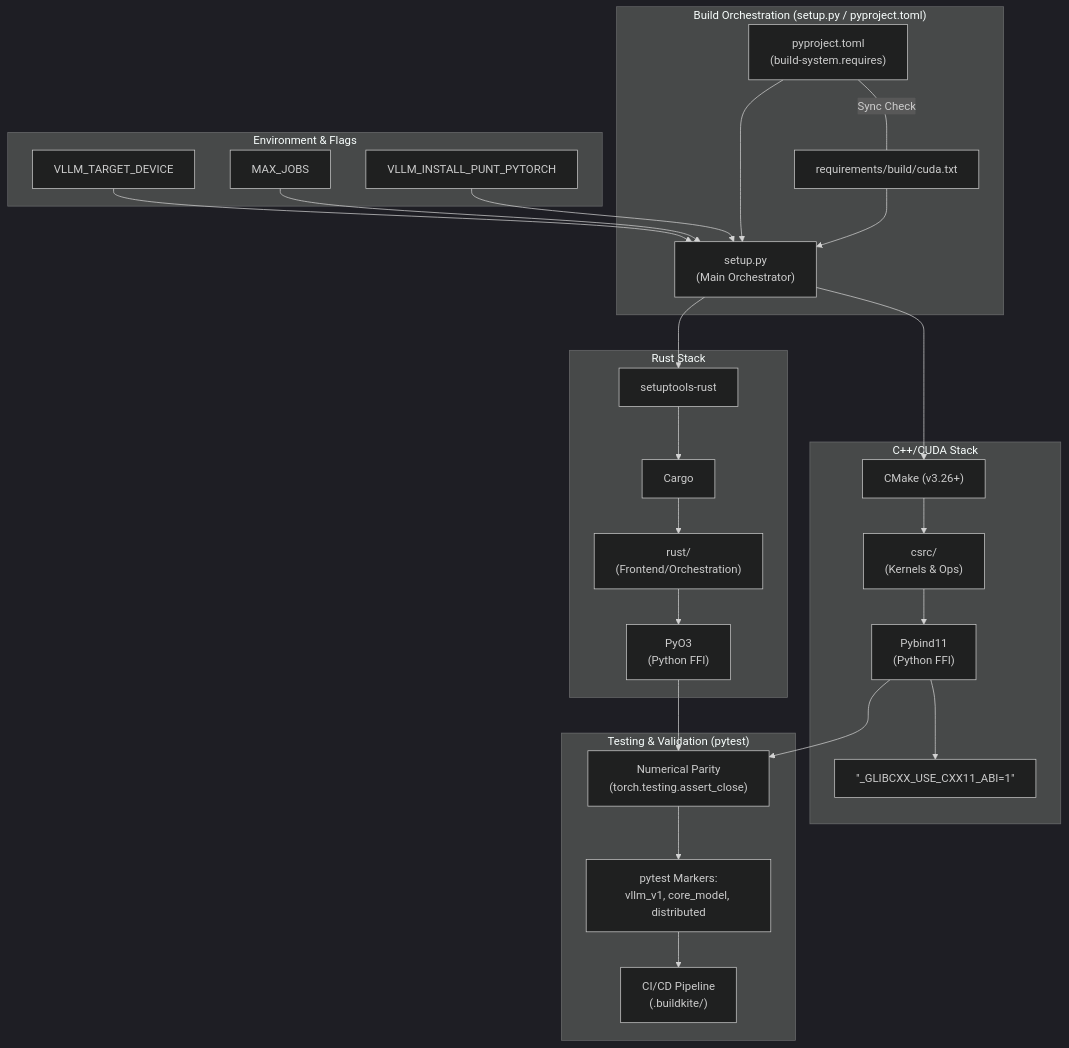
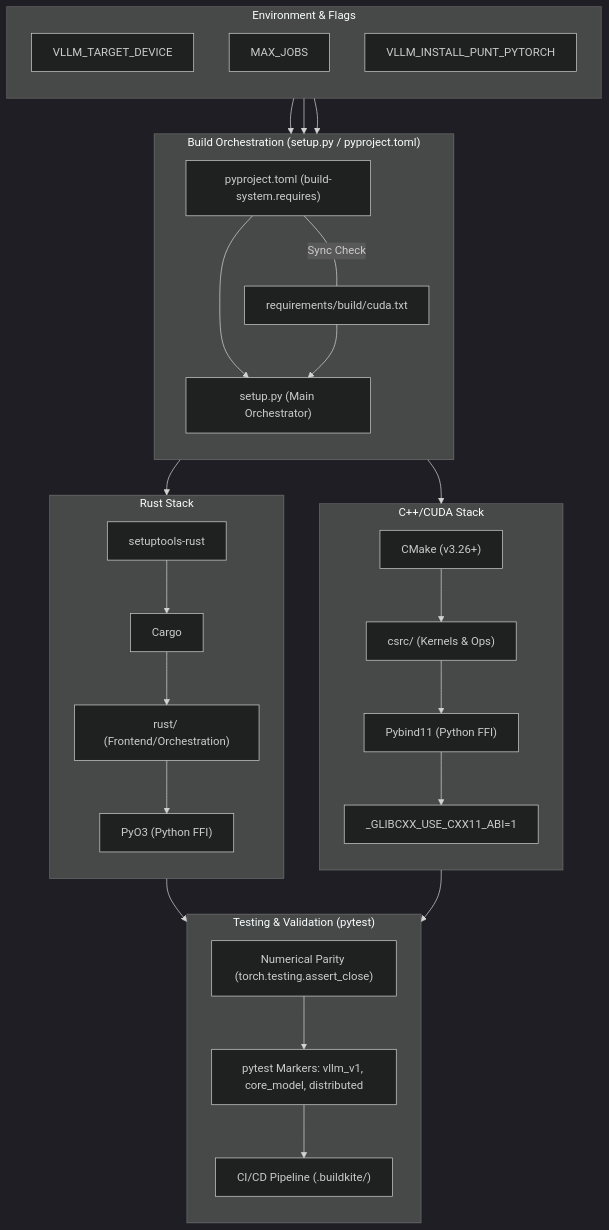
One commit to quanhua92/tutorials changed the diagram in vllm/courses/chapter_12_contributing.md. Above: the diagram before and after it, drawn with Mermaid (dark theme). The commit also changed 10 other files, not shown here.

Commit message:
chore: improve vllm course mermaid styles

````diff
--- a/vllm/courses/chapter_12_contributing.md
+++ b/vllm/courses/chapter_12_contributing.md
@@ -3,57 +3,62 @@
 ```mermaid
-flowchart TD
-    subgraph Env_Config ["Environment &amp; Flags"]
+flowchart TB
+    subgraph Env_Config ["Environment & Flags"]
+        direction TB
         VLLM_TARGET["VLLM_TARGET_DEVICE"]
         MAX_JOBS["MAX_JOBS"]
         PUNT_TORCH["VLLM_INSTALL_PUNT_PYTORCH"]
     end
 
     VLLM_TARGET --> SETUP
     MAX_JOBS --> SETUP
     PUNT_TORCH --> SETUP
 
     subgraph Build_Orchestration ["Build Orchestration (setup.py / pyproject.toml)"]
-        PYPROJ["pyproject.toml<br/>(build-system.requires)"]
+        direction TB
+        PYPROJ["pyproject.toml (build-system.requires)"]
         REQ_CUDA["requirements/build/cuda.txt"]
-        SETUP["setup.py<br/>(Main Orchestrator)"]
+        SETUP["setup.py (Main Orchestrator)"]
         
-        PYPROJ ---|"Sync Check"| REQ_CUDA
+        PYPROJ -- "Sync Check" --- REQ_CUDA
         PYPROJ --> SETUP
         REQ_CUDA --> SETUP
     end
 
     subgraph CXX_CUDA_Stack ["C++/CUDA Stack"]
+        direction TB
         CMAKE["CMake (v3.26+)"]
-        CSRC["csrc/<br/>(Kernels &amp; Ops)"]
-        PYBIND["Pybind11<br/>(Python FFI)"]
-        ABI["&quot;_GLIBCXX_USE_CXX11_ABI=1&quot;"]
+        CSRC["csrc/ (Kernels & Ops)"]
+        PYBIND["Pybind11 (Python FFI)"]
+        ABI["_GLIBCXX_USE_CXX11_ABI=1"]
         
         SETUP --> CMAKE
         CMAKE --> CSRC
         CSRC --> PYBIND
         PYBIND --> ABI
     end
 
     subgraph Rust_Stack ["Rust Stack"]
+        direction TB
         CARGO["Cargo"]
-        RUST_SRC["rust/<br/>(Frontend/Orchestration)"]
-        PYO3["PyO3<br/>(Python FFI)"]
+        RUST_SRC["rust/ (Frontend/Orchestration)"]
+        PYO3["PyO3 (Python FFI)"]
         STRUST["setuptools-rust"]
         
         SETUP --> STRUST
         STRUST --> CARGO
         CARGO --> RUST_SRC
         RUST_SRC --> PYO3
     end
 
-    subgraph Testing_Matrix ["Testing &amp; Validation (pytest)"]
-        PARITY["Numerical Parity<br/>(torch.testing.assert_close)"]
-        MARKERS["pytest Markers:<br/>vllm_v1, core_model, distributed"]
-        CI["CI/CD Pipeline<br/>(.buildkite/)"]
+    subgraph Testing_Matrix ["Testing & Validation (pytest)"]
+        direction TB
+        PARITY["Numerical Parity (torch.testing.assert_close)"]
+        MARKERS["pytest Markers: vllm_v1, core_model, distributed"]
+        CI["CI/CD Pipeline (.buildkite/)"]
         
         PYBIND --> PARITY
         PYO3 --> PARITY
         PARITY --> MARKERS
         MARKERS --> CI
     end
 ```
````
